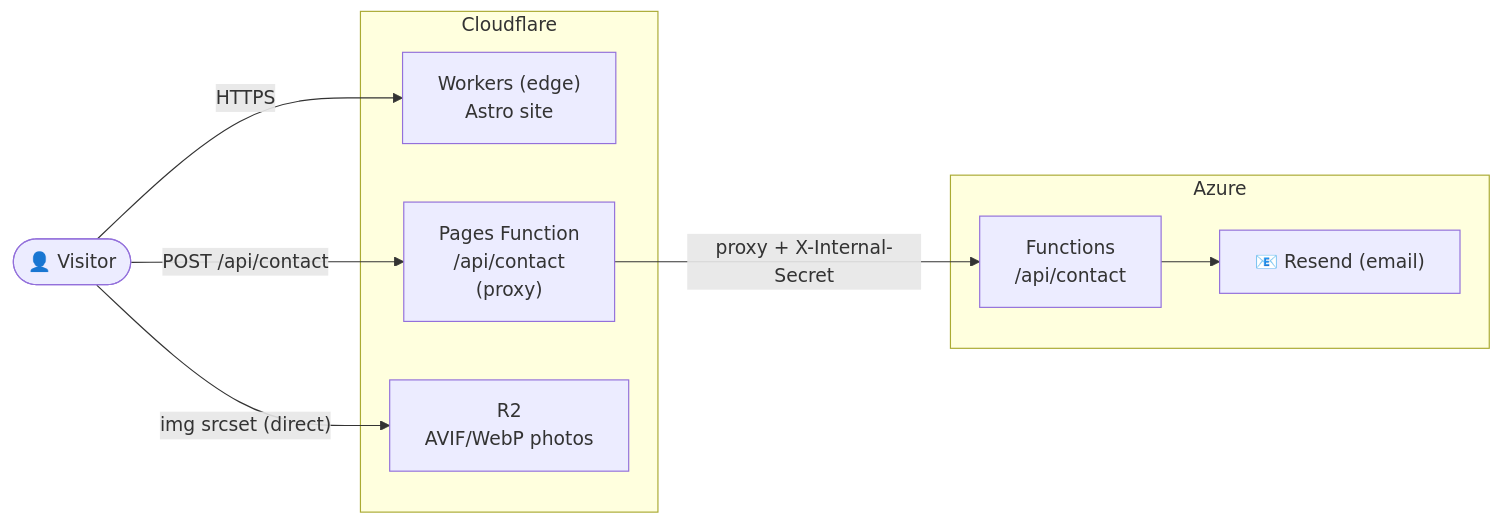
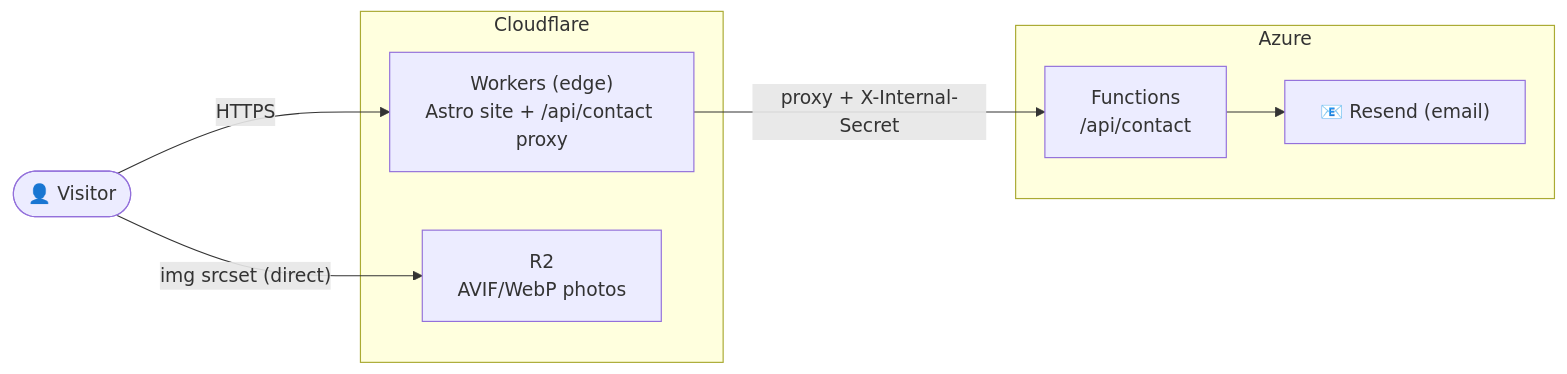
One commit to stevenjhu/PersonalWebsite changed the diagram in README.md. Above: the diagram before and after it, drawn with Mermaid. The commit also changed other lines of this file and 10 other files, not shown here.

First line of the commit message:
feat(gallery): infinite scroll strip, cinema lightbox, Azure contact proxy (#10)

````diff
--- a/README.md
+++ b/README.md
@@ -43,21 +46,19 @@
 ```mermaid
 flowchart LR
     Visitor(["👤 Visitor"])
 
     subgraph CF["Cloudflare"]
-        Worker["Workers (edge)\nAstro site"]
-        PagesFunc["Pages Function\n/api/contact\n(proxy)"]
-        R2["R2\nAVIF/WebP photos"]
+        Worker["Workers (edge)<br/>Astro site + /api/contact proxy"]
+        R2["R2<br/>AVIF/WebP photos"]
     end
 
     subgraph AZ["Azure"]
-        Func["Functions\n/api/contact"]
+        Func["Functions<br/>/api/contact"]
         Email["📧 Resend (email)"]
     end
 
     Visitor -- HTTPS --> Worker
-    Visitor -- "POST /api/contact" --> PagesFunc
     Visitor -- "img srcset (direct)" --> R2
-    PagesFunc -- "proxy + X-Internal-Secret" --> Func
+    Worker -- "proxy + X-Internal-Secret" --> Func
     Func --> Email
 ```
````
